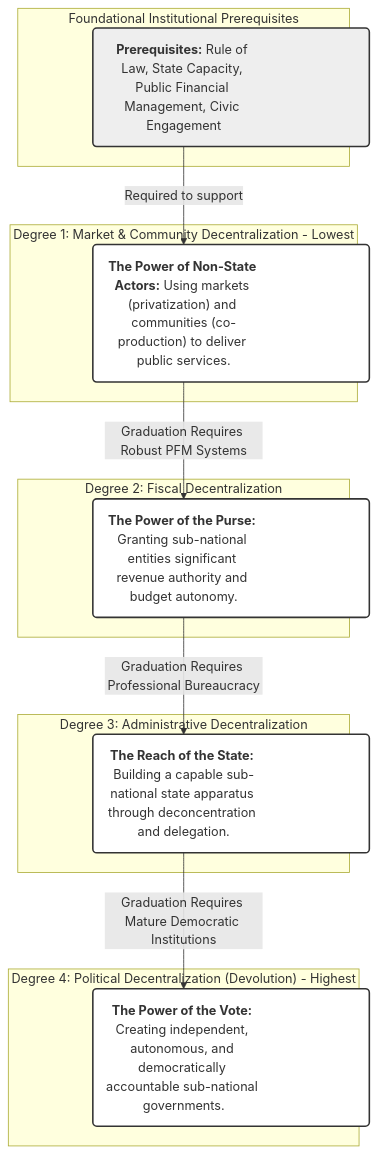
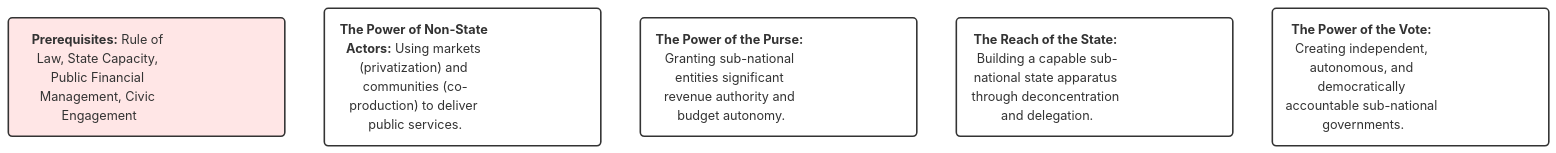
One commit to Aboutorabi/2.1.md changed the diagram in 2.1.md. Above: the diagram before and after it, drawn with Mermaid.

````diff
--- a/2.1.md
+++ b/2.1.md
@@ -1,33 +1,24 @@
 ```mermaid
-graph TD
-    %% Make nodes wider (so they look shorter in height)
-    %% Remove manual "height" to avoid overlaps
-    subgraph "Degree 4: Political Decentralization (Devolution) - Highest"
-        D4("<b>The Power of the Vote:</b> Creating independent, autonomous, and democratically accountable sub-national governments.")
-    end
-    subgraph "Degree 3: Administrative Decentralization"
-        D3("<b>The Reach of the State:</b> Building a capable sub-national state apparatus through deconcentration and delegation.")
-    end
-    subgraph "Degree 2: Fiscal Decentralization"
-        D2("<b>The Power of the Purse:</b> Granting sub-national entities significant revenue authority and budget autonomy.")
-    end
-    subgraph "Degree 1: Market & Community Decentralization - Lowest"
-        D1("<b>The Power of Non-State Actors:</b> Using markets (privatization) and communities (co-production) to deliver public services.")
-    end
-    
-    subgraph "Foundational Institutional Prerequisites"
-        F("<b>Prerequisites:</b> Rule of Law, State Capacity, Public Financial Management, Civic Engagement")
-    end
+graph LR
+    %% Left side: prerequisites
+    F("<b>Prerequisites:</b> Rule of Law, State Capacity, Public Financial Management, Civic Engagement")
 
-    F -- "Required to support" --> D1
-    D1 -- "Graduation Requires Robust PFM Systems" --> D2
-    D2 -- "Graduation Requires Professional Bureaucracy" --> D3
-    D3 -- "Graduation Requires Mature Democratic Institutions" --> D4
+    %% Right side: four degrees stacked downward
+    D1("<b>The Power of Non-State Actors:</b> Using markets (privatization) and communities (co-production) to deliver public services.")
+    D2("<b>The Power of the Purse:</b> Granting sub-national entities significant revenue authority and budget autonomy.")
+    D3("<b>The Reach of the State:</b> Building a capable sub-national state apparatus through deconcentration and delegation.")
+    D4("<b>The Power of the Vote:</b> Creating independent, autonomous, and democratically accountable sub-national governments.")
 
-    %% Styling: widen nodes so they become shorter
+    %% Positioning → sideways U shape
+    F --- D1
+    D1 --> D2
+    D2 --> D3
+    D3 --> D4
+
+    %% Styling: wide boxes, auto-height
+    style F  width:350px,fill:#ffe6e6,stroke:#333,stroke-width:2px
     style D1 width:350px,fill:#fff,stroke:#333,stroke-width:2px
     style D2 width:350px,fill:#fff,stroke:#333,stroke-width:2px
     style D3 width:350px,fill:#fff,stroke:#333,stroke-width:2px
     style D4 width:350px,fill:#fff,stroke:#333,stroke-width:2px
-    style F  width:350px,fill:#eee,stroke:#333,stroke-width:2px
 ```
````
